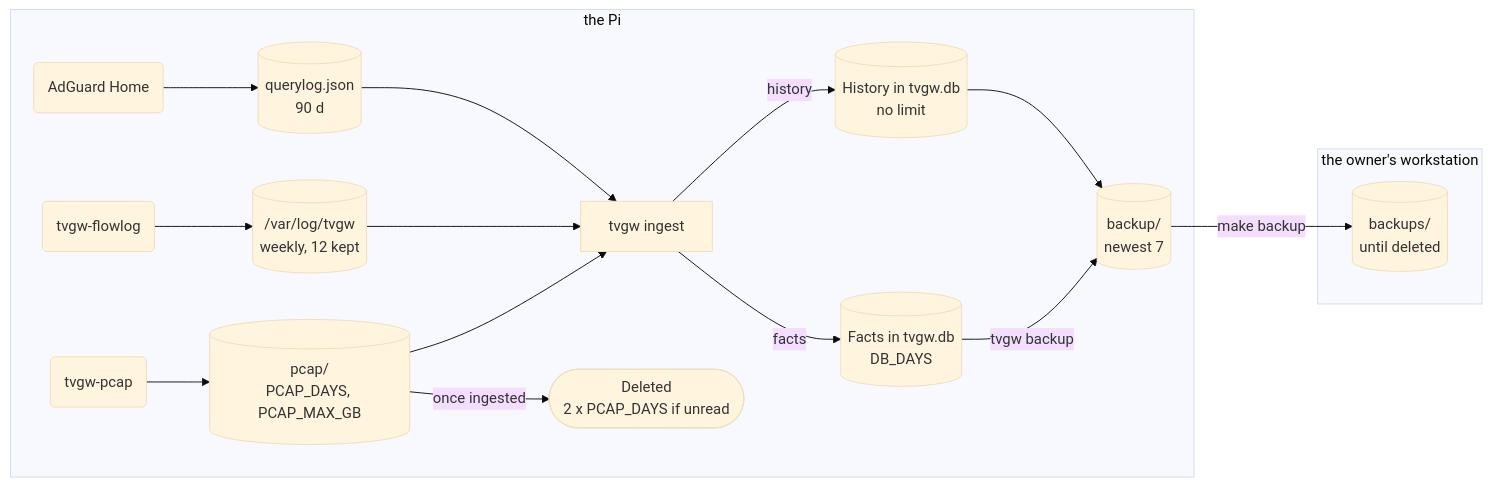
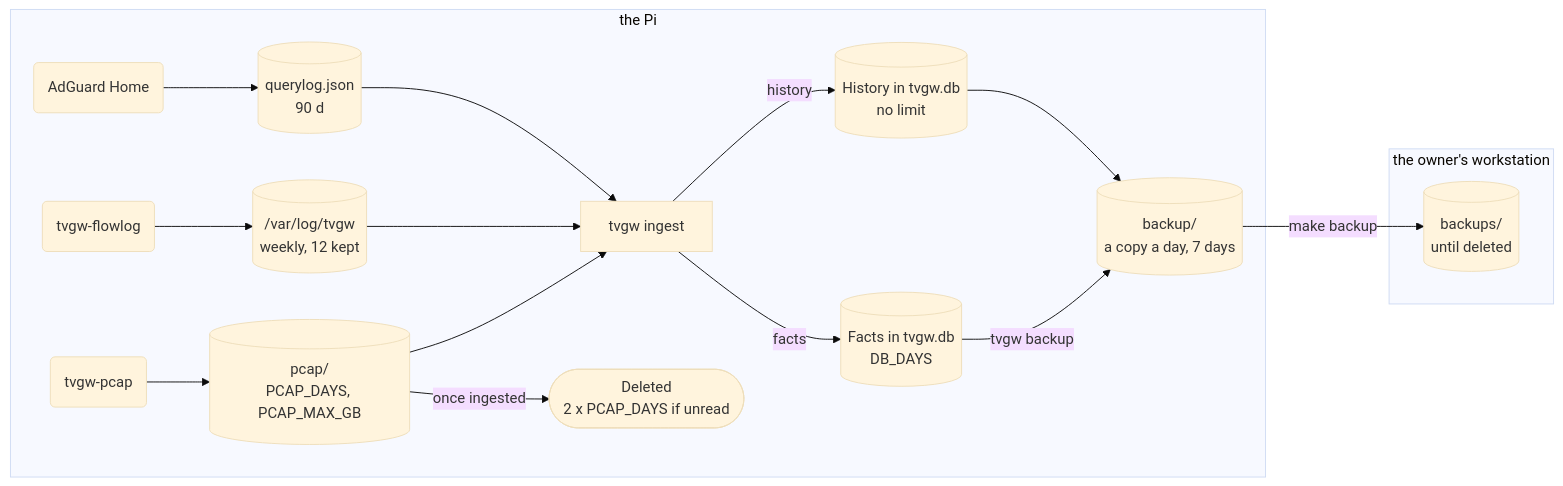
One commit to kywwilson11/tvgw changed the first of 2 diagrams in docs/privacy-and-retention.md. Above: the diagram before and after it, drawn with Mermaid (base theme). The commit also changed other lines of this file, not shown here.

````diff
--- a/docs/privacy-and-retention.md
+++ b/docs/privacy-and-retention.md
@@ -57,20 +57,20 @@
 ```mermaid
 flowchart LR
     subgraph pi [the Pi]
         capture("tvgw-pcap") --> pcap[("pcap/<br/>PCAP_DAYS, PCAP_MAX_GB")]
         flowlog("tvgw-flowlog") --> logs[("/var/log/tvgw<br/>weekly, 12 kept")]
         adguard("AdGuard Home") --> qlog[("querylog.json<br/>90 d")]
         pcap --> ingest["tvgw ingest"]
         logs --> ingest
         qlog --> ingest
         pcap -->|"once ingested"| gone(["Deleted<br/>2 x PCAP_DAYS if unread"])
         ingest -->|facts| facts[("Facts in tvgw.db<br/>DB_DAYS")]
         ingest -->|history| history[("History in tvgw.db<br/>no limit")]
-        facts -->|"tvgw backup"| copies[("backup/<br/>newest 7")]
+        facts -->|"tvgw backup"| copies[("backup/<br/>a copy a day, 7 days")]
         history --> copies
     end
     subgraph ws [the owner's workstation]
         local[("backups/<br/>until deleted")]
     end
     copies -->|"make backup"| local
 ```
````
